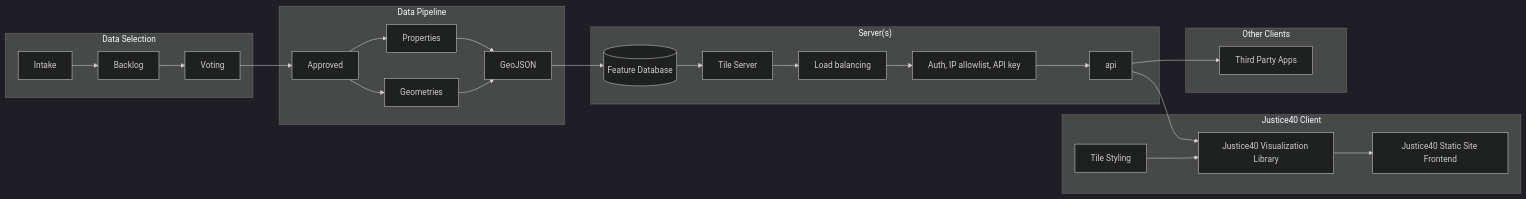
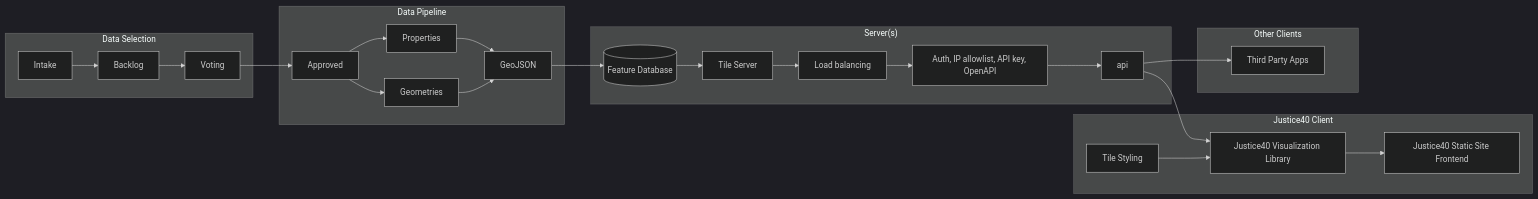
The diagram in docs/architecture/architecture.mmd (usds/justice40-tool), drawn with Mermaid (dark theme) before and after one commit. The commit also changed 2 other files, not shown here.

```diff
--- a/docs/architecture/architecture.mmd
+++ b/docs/architecture/architecture.mmd
@@ -1,26 +1,26 @@
 graph LR
     subgraph ds["Data Selection"]
     Intake --> Backlog --> Voting
     end
     subgraph dp["Data Pipeline"]
     Voting --> Approved
     Approved --> Properties
     Approved --> Geometries
     Properties --> GeoJSON
     Geometries --> GeoJSON
     end
     subgraph s["Server(s)"]
     GeoJSON --> db[("Feature Database")]
     db --> tileserv["Tile Server"]
     tileserv --> lb["Load balancing"]
-    lb --> auth["Auth, IP allowlist, API key"]
+    lb --> auth["Auth, IP allowlist, API key, OpenAPI"]
     auth --> api
     end
     subgraph j40["Justice40 Client"]
     api --> vl["Justice40 Visualization Library"]
     ts["Tile Styling"] --> vl
     vl --> fe["Justice40 Static Site Frontend"]
     end
     subgraph oc["Other Clients"]
     api --> 3p["Third Party Apps"]
     end
```
